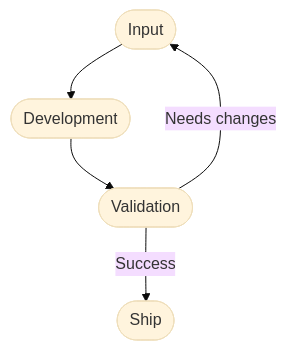
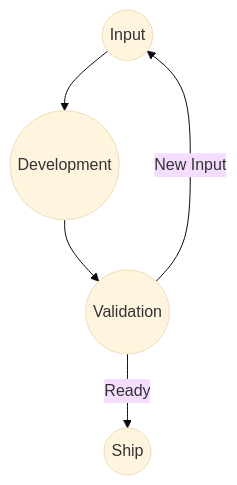
The diagram in docs/framework-diagram.md (cuhmwxee/ship-it-framework), drawn with Mermaid (base theme) before and after one commit. The commit also changed other lines of this file, not shown here.

Commit message:
Small modification

````diff
--- a/docs/framework-diagram.md
+++ b/docs/framework-diagram.md
@@ -5,17 +5,16 @@
 ```mermaid
 flowchart TD
 
-    I([Input])
+I((Input))
 
-    D([Development])
+D((Development))
 
-    V([Validation])
+V((Validation))
 
-    S([Ship])
+S((Ship))
 
-    I --> D
-    D --> V
-
-    V -->|Success| S
-    V -->|Needs changes| I
+I --> D
+D --> V
+V -->|Ready| S
+V -->|New Input| I
 ```
````
